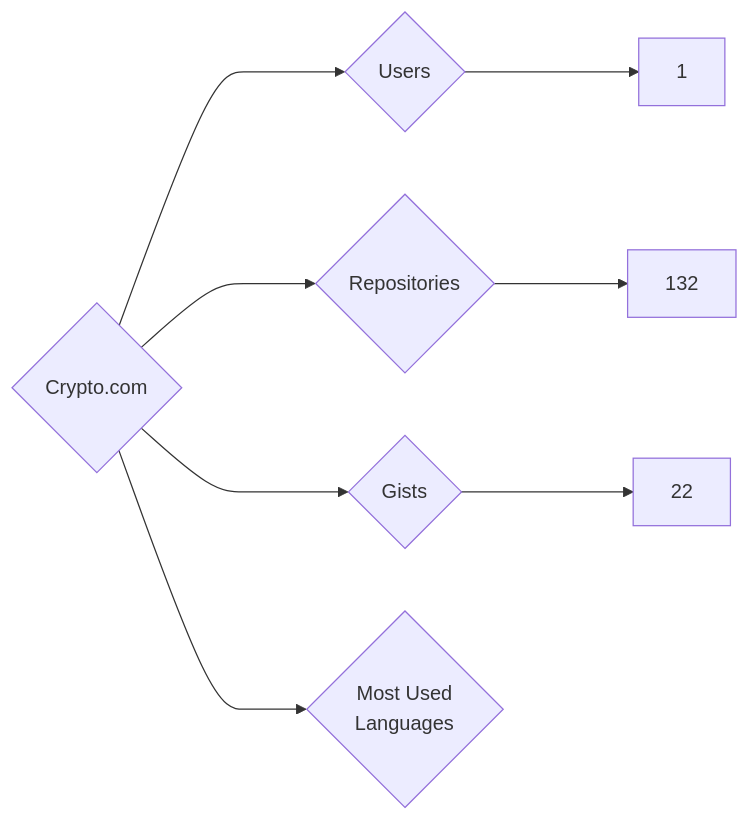
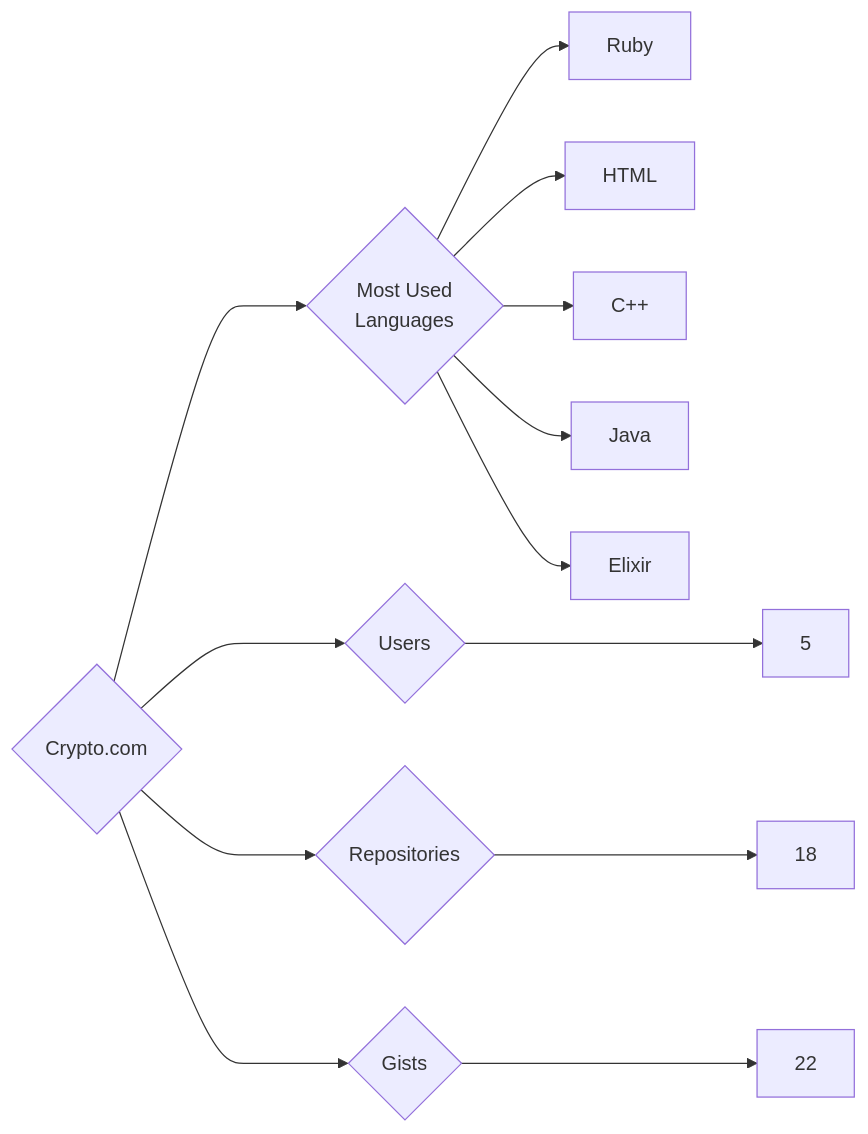
One commit to trickest/insiders changed the diagram in targets/Crypto.com/README.md. Above: the diagram before and after it, drawn with Mermaid. The commit also changed 676 other files, not shown here.

````diff
--- a/targets/Crypto.com/README.md
+++ b/targets/Crypto.com/README.md
@@ -3,8 +3,13 @@
 ```mermaid
 graph LR
 COMPANY_NAME{Crypto.com}
-COMPANY_NAME ---> U{Users} ---> UN[1]
-COMPANY_NAME ---> R{Repositories} ---> RN[132]
+COMPANY_NAME ---> U{Users} ---> UN[5]
+COMPANY_NAME ---> R{Repositories} ---> RN[18]
 COMPANY_NAME ---> G{Gists} ---> GN[22]
 COMPANY_NAME ---> ML{Most Used<br>Languages}
+ML --> Ruby[Ruby]
+ML --> HTML[HTML]
+ML --> C++[C++]
+ML --> Java[Java]
+ML --> Elixir[Elixir]
 ```
````
